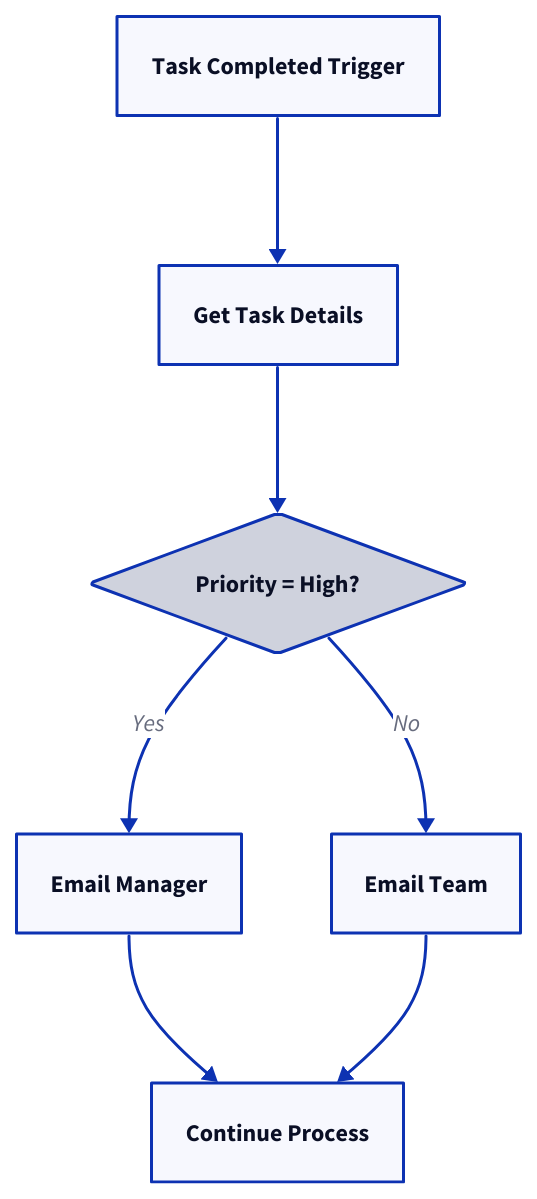
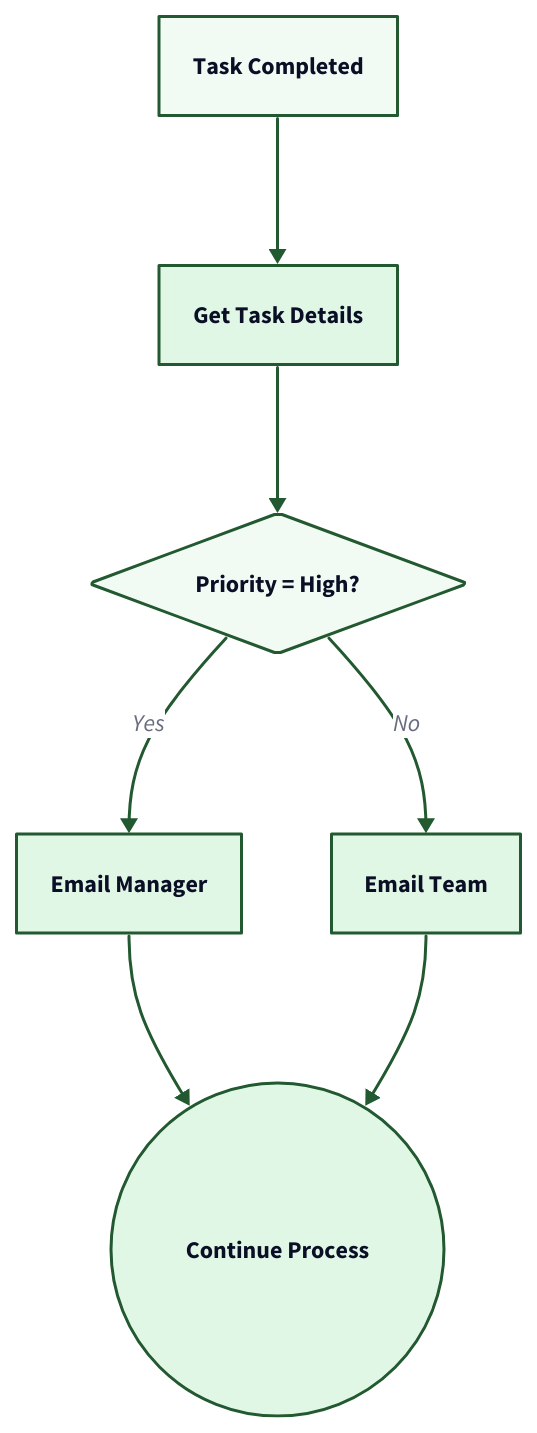
One commit to tallyfy/documentation changed the diagram in src/content/docs/pro/integrations/middleware/power-automate/using-conditional-logic-in-power-automate.mdx. Above: the diagram before and after it, drawn with D2. The commit also changed other lines of this file and 605 other files, not shown here.

````diff
--- a/src/content/docs/pro/integrations/middleware/power-automate/using-conditional-logic-in-power-automate.mdx
+++ b/src/content/docs/pro/integrations/middleware/power-automate/using-conditional-logic-in-power-automate.mdx
@@ -92,14 +93,59 @@
 ```d2
-Trigger: "Task Completed Trigger"
-GetDetails: "Get Task Details"
-Check: "Priority = High?" {shape: diamond}
-EmailManager: "Email Manager"
-EmailRegular: "Email Team"
-End: "Continue Process"
-Trigger -> GetDetails
-GetDetails -> Check
-Check -> EmailManager: "Yes"
-Check -> EmailRegular: "No"
-EmailManager -> End
-EmailRegular -> End
+direction: down
+
+# Start
+Trigger: Task Completed {
+  style.fill: "#f2faf4"
+  style.stroke: "#225930"
+}
+
+# Actions
+GetDetails: Get Task Details {
+  style.fill: "#e1f7e6"
+  style.stroke: "#225930"
+}
+
+EmailManager: Email Manager {
+  style.fill: "#e1f7e6"
+  style.stroke: "#225930"
+}
+
+EmailRegular: Email Team {
+  style.fill: "#e1f7e6"
+  style.stroke: "#225930"
+}
+
+# Decision
+Check: Priority = High? {
+  shape: diamond
+  style.fill: "#f2faf4"
+  style.stroke: "#225930"
+}
+
+# End
+End: Continue Process {
+  shape: circle
+  style.fill: "#e1f7e6"
+  style.stroke: "#225930"
+}
+
+# Flow connections
+Trigger -> GetDetails {
+  style.stroke: "#225930"
+}
+GetDetails -> Check {
+  style.stroke: "#225930"
+}
+Check -> EmailManager: Yes {
+  style.stroke: "#225930"
+}
+Check -> EmailRegular: No {
+  style.stroke: "#225930"
+}
+EmailManager -> End {
+  style.stroke: "#225930"
+}
+EmailRegular -> End {
+  style.stroke: "#225930"
+}
 ```
````
